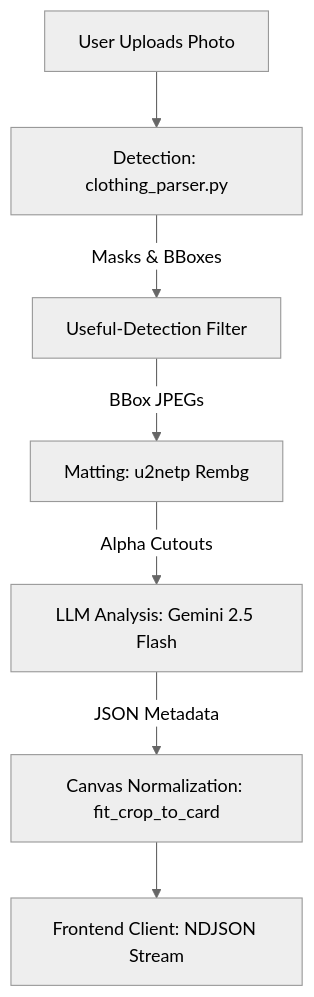
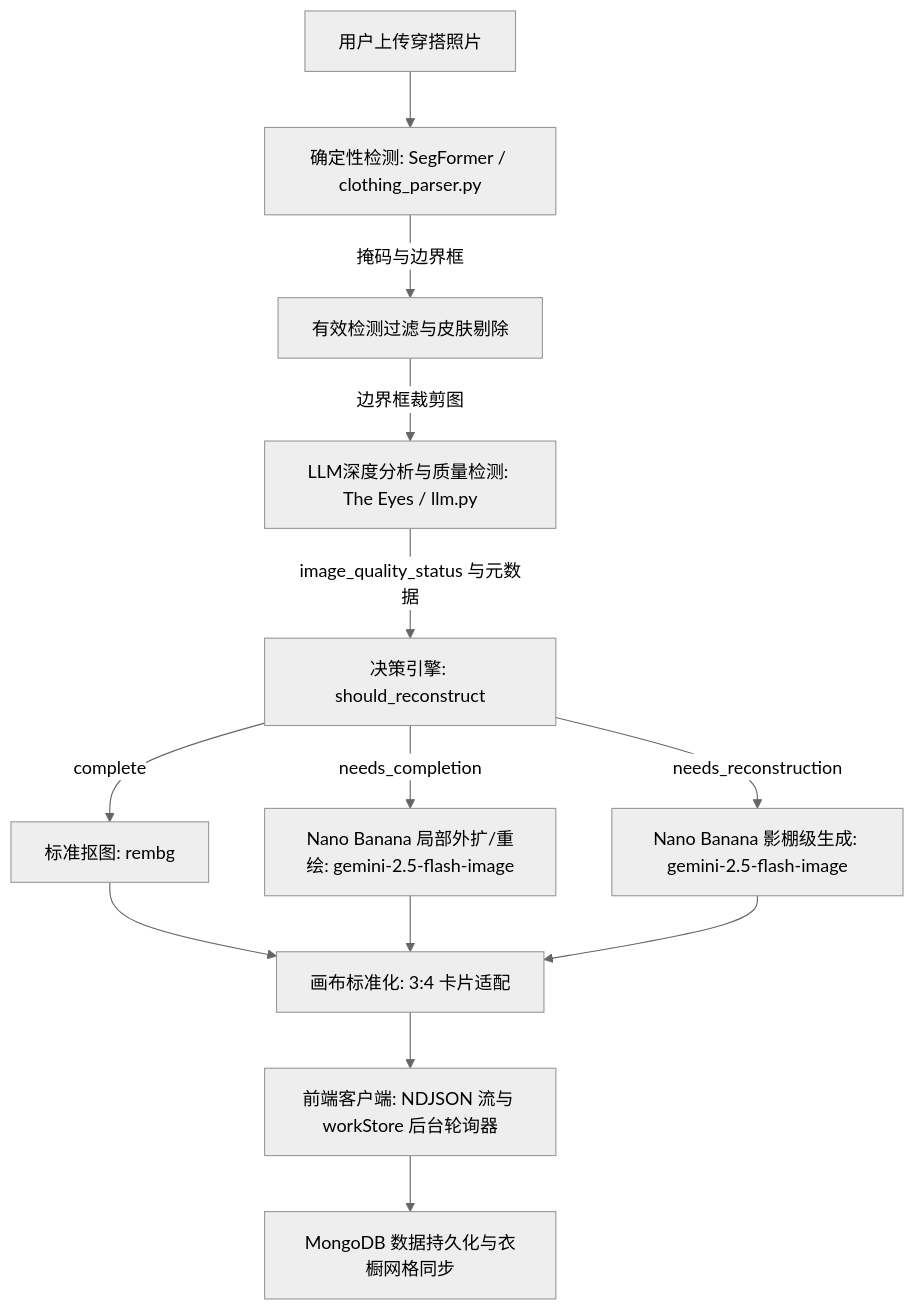
Before and after one commit to Yoram-Jacobs/DressAppV1: the diagram in wiki/zh/garmentvision.md, drawn with Mermaid (neutral theme). The commit also changed other lines of this file and 39 other files, not shown here.

````diff
--- a/wiki/zh/garmentvision.md
+++ b/wiki/zh/garmentvision.md
@@ -16,9 +18,17 @@
 ```mermaid
 graph TD
-    A[User Uploads Photo] --> B[Detection: clothing_parser.py]
-    B -->|Masks & BBoxes| C[Useful-Detection Filter]
-    C -->|BBox JPEGs| D[Matting: u2netp Rembg]
-    D -->|Alpha Cutouts| E[LLM Analysis: Gemini 2.5 Flash]
-    E -->|JSON Metadata| F[Canvas Normalization: fit_crop_to_card]
-    F --> G[Frontend Client: NDJSON Stream]
+    A[用户上传穿搭照片] --> B[确定性检测: SegFormer / clothing_parser.py]
+    B -->|掩码与边界框| C[有效检测过滤与皮肤剔除]
+    C -->|边界框裁剪图| D[LLM深度分析与质量检测: The Eyes / llm.py]
+    D -->|image_quality_status 与元数据| E[决策引擎: should_reconstruct]
+    
+    E -->|complete| F[标准抠图: rembg]
+    E -->|needs_completion| G[Nano Banana 局部外扩/重绘: gemini-2.5-flash-image]
+    E -->|needs_reconstruction| H[Nano Banana 影棚级生成: gemini-2.5-flash-image]
+    
+    F --> I[画布标准化: 3:4 卡片适配]
+    G --> I
+    H --> I
+    I --> J[前端客户端: NDJSON 流与 workStore 后台轮询器]
+    J --> K[MongoDB 数据持久化与衣橱网格同步]
 ```
````
